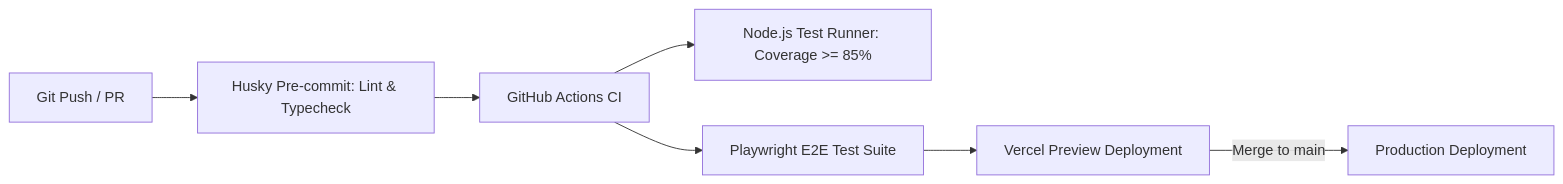
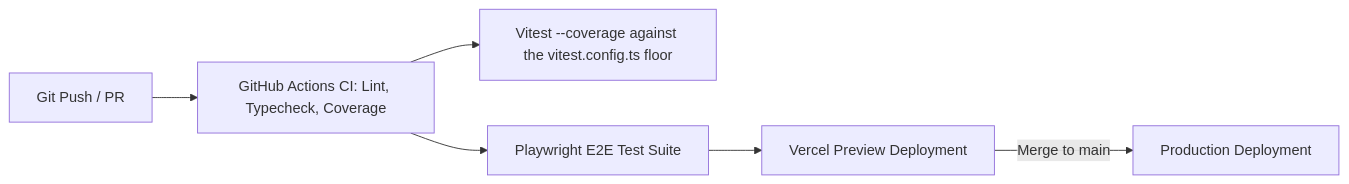
One commit to jesushzv/business-helper changed the second of 2 diagrams in docs/02-architecture/app-architecture-plan.md. Above: the diagram before and after it, drawn with Mermaid. The commit also changed other lines of this file and 12 other files, not shown here.

````diff
--- a/docs/02-architecture/app-architecture-plan.md
+++ b/docs/02-architecture/app-architecture-plan.md
@@ -402,9 +402,8 @@
 ```mermaid
 graph LR
-    Push[Git Push / PR] --> Husky[Husky Pre-commit: Lint & Typecheck]
-    Husky --> GitHubActions[GitHub Actions CI]
-    GitHubActions --> TestSuite[Node.js Test Runner: Coverage >= 85%]
+    Push[Git Push / PR] --> GitHubActions[GitHub Actions CI: Lint, Typecheck, Coverage]
+    GitHubActions --> TestSuite[Vitest --coverage against the vitest.config.ts floor]
     GitHubActions --> E2E[Playwright E2E Test Suite]
     E2E --> VercelBuild[Vercel Preview Deployment]
     VercelBuild -->|Merge to main| ProdDeploy[Production Deployment]
 ```
````
